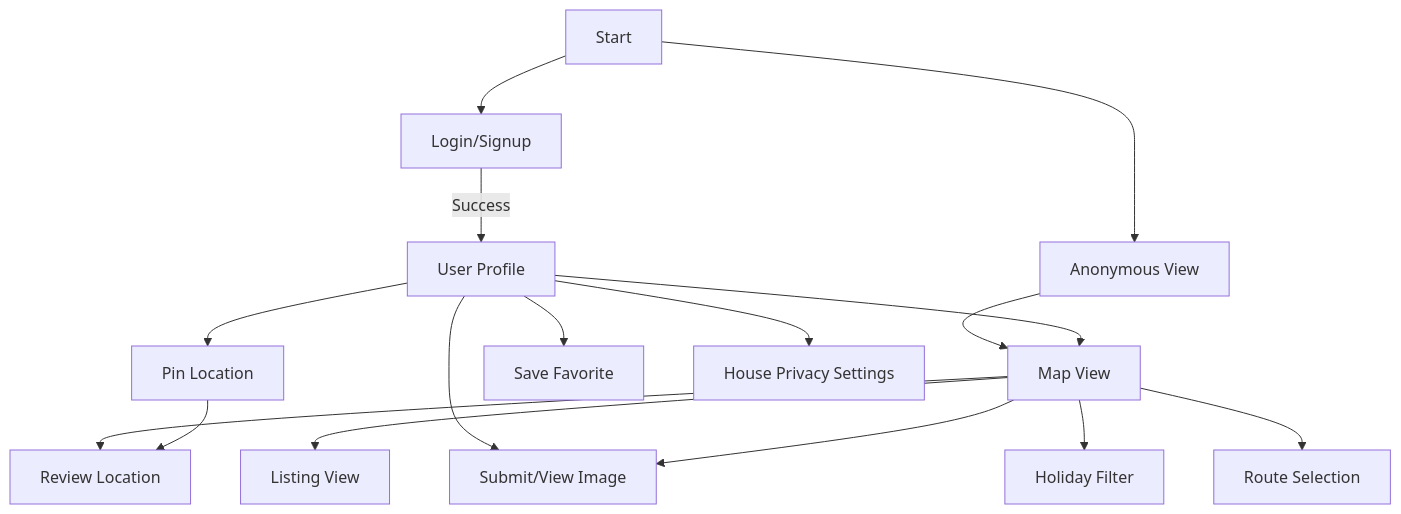
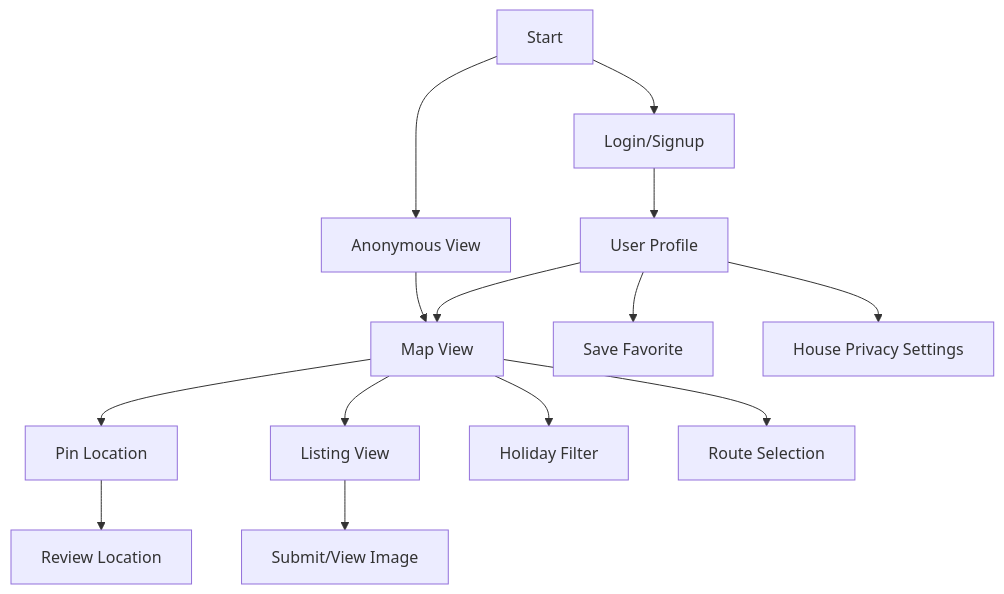
The diagram in README.md (jkrisfox/projectTemplate2023_2024), drawn with Mermaid before and after one commit.

Commit message:
Update README.md
fixed

````diff
--- a/README.md
+++ b/README.md
@@ -4,32 +4,30 @@
 ```mermaid
-graph TD;
+graph TD
     start[Start];
     login[Login/Signup];
+    profile[User Profile];
     anonymous[Anonymous View];
-    profile[User Profile];
-    map[Map View];
+    mapView[Map View];
     listing[Listing View];
     pin[Pin Location];
     review[Review Location];
     image[Submit/View Image];
     holiday[Holiday Filter];
     route[Route Selection];
     save[Save Favorite];
     privacy[House Privacy Settings];
 
     start --> login;
     start --> anonymous;
-    login -->|Success| profile;
-    profile --> map;
-    anonymous --> map;
-    map --> listing;
-    profile --> pin;
+    login --> profile;
+    profile --> mapView;
+    anonymous --> mapView;
+    mapView --> pin;
     pin --> review;
-    map --> review;
-    map --> image;
-    profile --> image;
-    map --> holiday;
+    mapView --> listing;
+    listing --> image;
+    mapView --> holiday;
+    mapView --> route;
     profile --> save;
     profile --> privacy;
-    map --> route;
 ```
````
